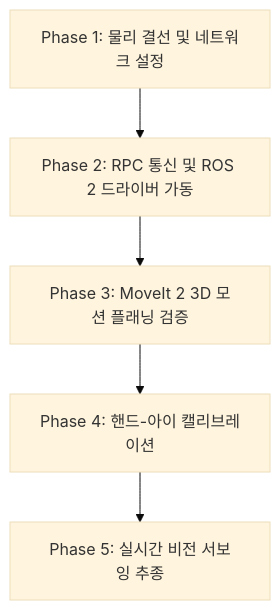
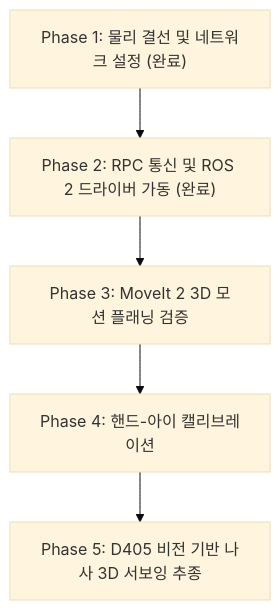
The diagram in hardware/robotarm/6axis/duco-gcr-910.md (Gorani-ros2/ROS2), drawn with Mermaid (base theme) before and after one commit. The commit also changed other lines of this file and 1 other file, not shown here.

Commit message:
docs(robotarm): update robot_dev multi-IP architecture, 0.26ms link logs, joint limits, jogging guide, and audit log

````diff
--- a/hardware/robotarm/6axis/duco-gcr-910.md
+++ b/hardware/robotarm/6axis/duco-gcr-910.md
@@ -192,7 +219,7 @@
 ```mermaid
 flowchart TD
-    P1["Phase 1: 물리 결선 및 네트워크 설정"] --> P2["Phase 2: RPC 통신 및 ROS 2 드라이버 가동"]
+    P1["Phase 1: 물리 결선 및 네트워크 설정 (완료)"] --> P2["Phase 2: RPC 통신 및 ROS 2 드라이버 가동 (완료)"]
     P2 --> P3["Phase 3: MoveIt 2 3D 모션 플래닝 검증"]
     P3 --> P4["Phase 4: 핸드-아이 캘리브레이션"]
-    P4 --> P5["Phase 5: 실시간 비전 서보잉 추종"]
+    P4 --> P5["Phase 5: D405 비전 기반 나사 3D 서보잉 추종"]
 ```
````
